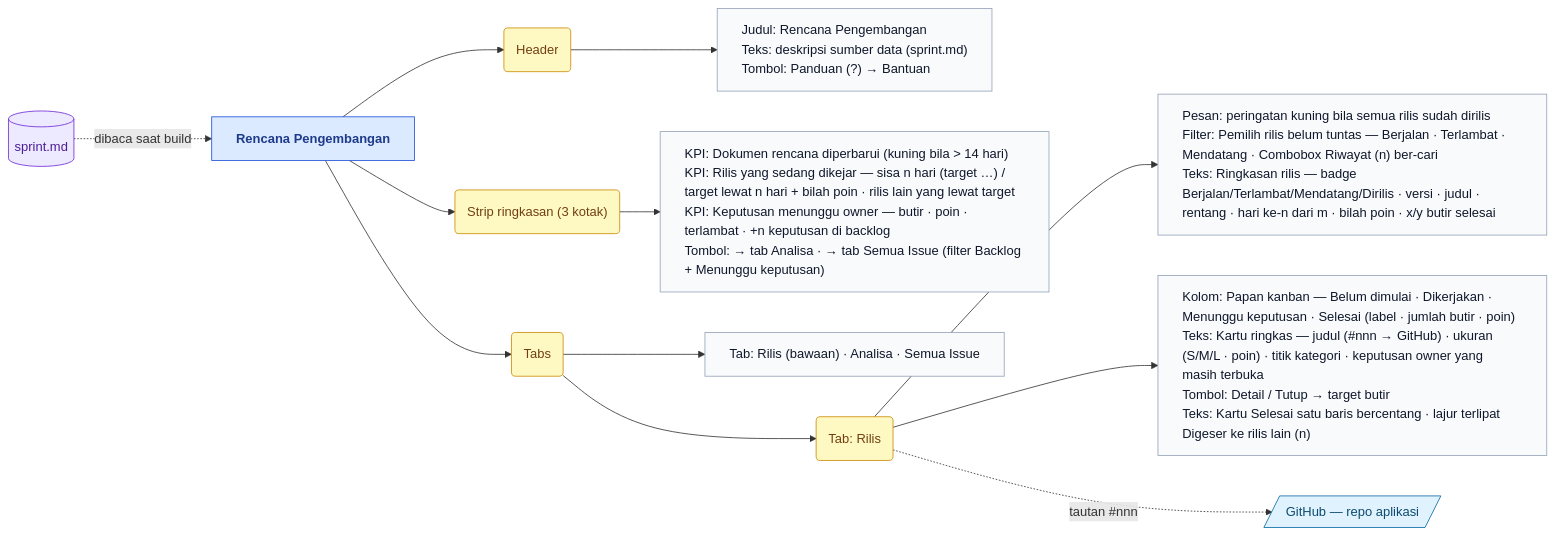
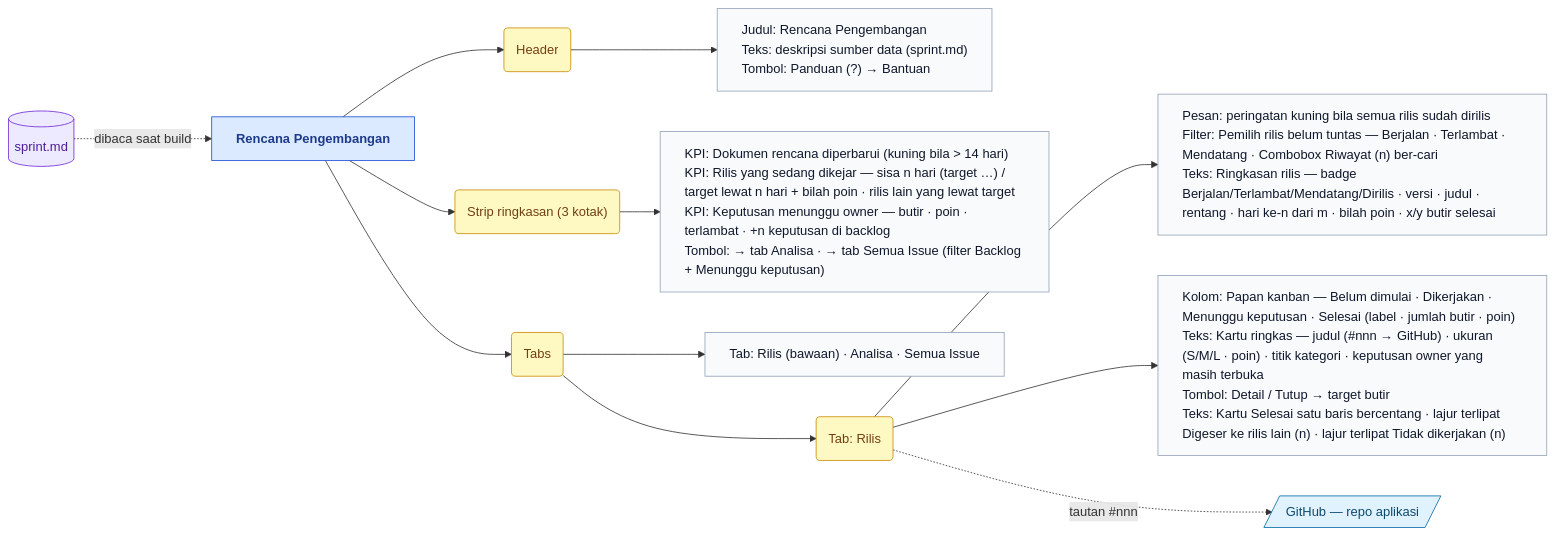
One commit to WRI-Indonesia/mis-smallholder-hub changed the fifth of 10 diagrams in docs/product/sitemap/platform-developer.md. Above: the diagram before and after it, drawn with Mermaid. The commit also changed other lines of this file and 11 other files, not shown here.

First line of the commit message:
feat(rencana): status ⛔ Not planned di Rencana Rilis — tertutup tanpa dikerjakan, tak dihitung ke poin selesai/velocity; #124 & #261 ⛔ (#440)

````diff
--- a/docs/product/sitemap/platform-developer.md
+++ b/docs/product/sitemap/platform-developer.md
@@ -168,35 +168,35 @@
 ```mermaid
 %%{init: {"flowchart": {"wrappingWidth": 420}}}%%
 flowchart LR
   pd_sprint_page["Rencana Pengembangan"]:::page
 
   pd_sprint_hdr("Header"):::section
   pd_sprint_hdr_c["Judul: Rencana Pengembangan<br/>Teks: deskripsi sumber data (sprint.md)<br/>Tombol: Panduan (?) → Bantuan"]:::content
 
   pd_sprint_strip("Strip ringkasan (3 kotak)"):::section
   pd_sprint_strip_c["KPI: Dokumen rencana diperbarui (kuning bila > 14 hari)<br/>KPI: Rilis yang sedang dikejar — sisa n hari (target …) / target lewat n hari + bilah poin · rilis lain yang lewat target<br/>KPI: Keputusan menunggu owner — butir · poin · terlambat · +n keputusan di backlog<br/>Tombol: → tab Analisa · → tab Semua Issue (filter Backlog + Menunggu keputusan)"]:::content
 
   pd_sprint_tabs("Tabs"):::section
   pd_sprint_tabs_c["Tab: Rilis (bawaan) · Analisa · Semua Issue"]:::content
 
   pd_sprint_rilis("Tab: Rilis"):::section
   pd_sprint_rilis_pick["Pesan: peringatan kuning bila semua rilis sudah dirilis<br/>Filter: Pemilih rilis belum tuntas — Berjalan · Terlambat · Mendatang · Combobox Riwayat (n) ber-cari<br/>Teks: Ringkasan rilis — badge Berjalan/Terlambat/Mendatang/Dirilis · versi · judul · rentang · hari ke-n dari m · bilah poin · x/y butir selesai"]:::content
-  pd_sprint_rilis_kanban["Kolom: Papan kanban — Belum dimulai · Dikerjakan · Menunggu keputusan · Selesai (label · jumlah butir · poin)<br/>Teks: Kartu ringkas — judul (#nnn → GitHub) · ukuran (S/M/L · poin) · titik kategori · keputusan owner yang masih terbuka<br/>Tombol: Detail / Tutup → target butir<br/>Teks: Kartu Selesai satu baris bercentang · lajur terlipat Digeser ke rilis lain (n)"]:::content
+  pd_sprint_rilis_kanban["Kolom: Papan kanban — Belum dimulai · Dikerjakan · Menunggu keputusan · Selesai (label · jumlah butir · poin)<br/>Teks: Kartu ringkas — judul (#nnn → GitHub) · ukuran (S/M/L · poin) · titik kategori · keputusan owner yang masih terbuka<br/>Tombol: Detail / Tutup → target butir<br/>Teks: Kartu Selesai satu baris bercentang · lajur terlipat Digeser ke rilis lain (n) · lajur terlipat Tidak dikerjakan (n)"]:::content
 
   pd_src_sprint[("sprint.md")]:::data
   pd_github[/"GitHub — repo aplikasi"/]:::external
 
   pd_sprint_page --> pd_sprint_hdr --> pd_sprint_hdr_c
   pd_sprint_page --> pd_sprint_strip --> pd_sprint_strip_c
   pd_sprint_page --> pd_sprint_tabs --> pd_sprint_tabs_c
   pd_sprint_tabs --> pd_sprint_rilis --> pd_sprint_rilis_pick
   pd_sprint_rilis --> pd_sprint_rilis_kanban
   pd_src_sprint -.->|dibaca saat build| pd_sprint_page
   pd_sprint_rilis -.->|tautan #nnn| pd_github
 
   classDef page fill:#dbeafe,stroke:#1d4ed8,color:#1e3a8a,font-weight:bold
   classDef section fill:#fef9c3,stroke:#ca8a04,color:#713f12
   classDef content fill:#f8fafc,stroke:#94a3b8,color:#0f172a,text-align:left
   classDef data fill:#ede9fe,stroke:#6d28d9,color:#4c1d95
   classDef external fill:#e0f2fe,stroke:#0369a1,color:#0c4a6e
 ```
````
